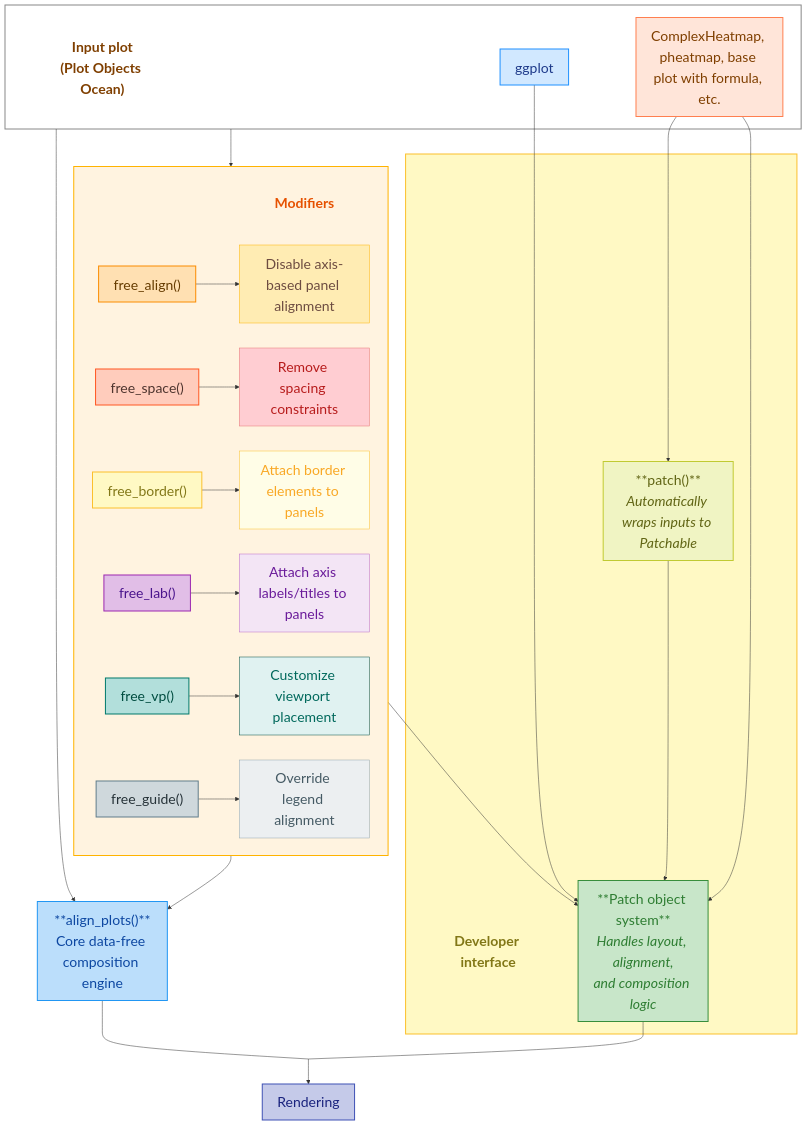
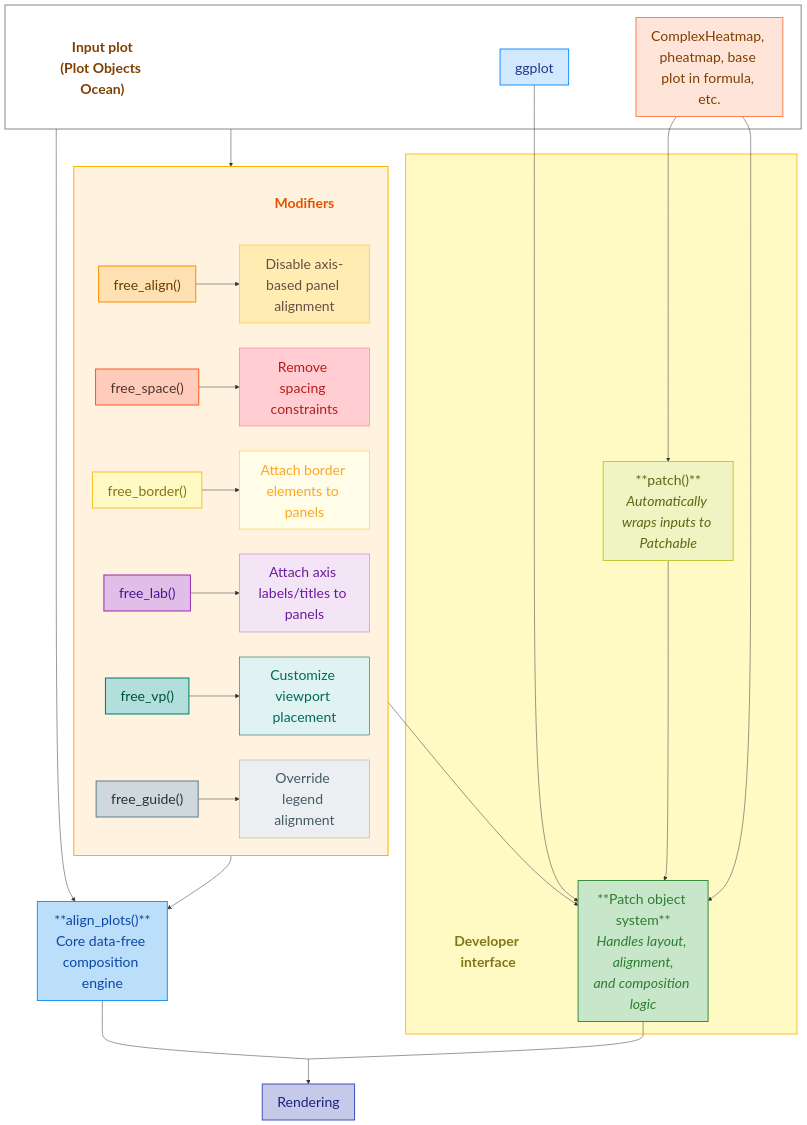
The first of 2 diagrams in introduction.qmd (Yunuuuu/ggalign-book), drawn with Mermaid before and after one commit.

Commit message:
text style

```diff
--- a/introduction.qmd
+++ b/introduction.qmd
@@ -84,7 +84,7 @@
         InputTitle["Input plot<br>(Plot Objects Ocean)"]
         style InputTitle fill:none,stroke:none,color:#7F3F00,font-weight:bold,font-size:28px
         G["ggplot"]
-        H["ComplexHeatmap, pheatmap, base plot with formula, etc."]
+        H["ComplexHeatmap, pheatmap, base plot in formula, etc."]
     end
 
     %% Developer Interface subgraph with title node
```
